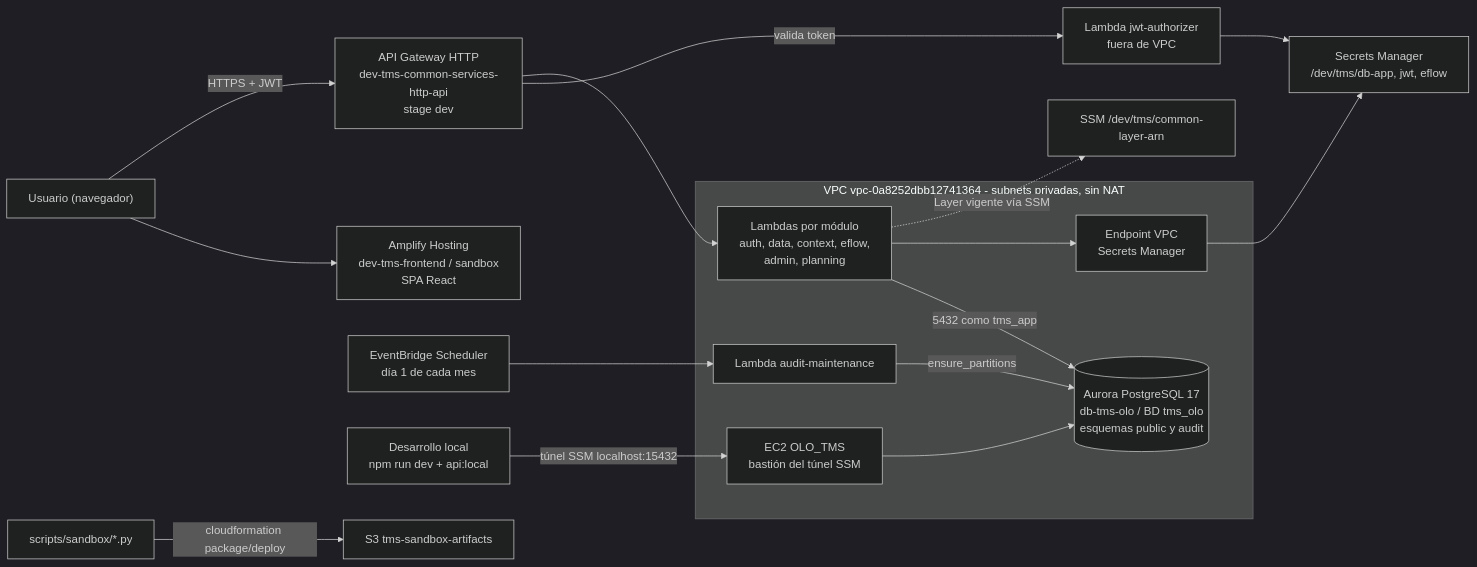
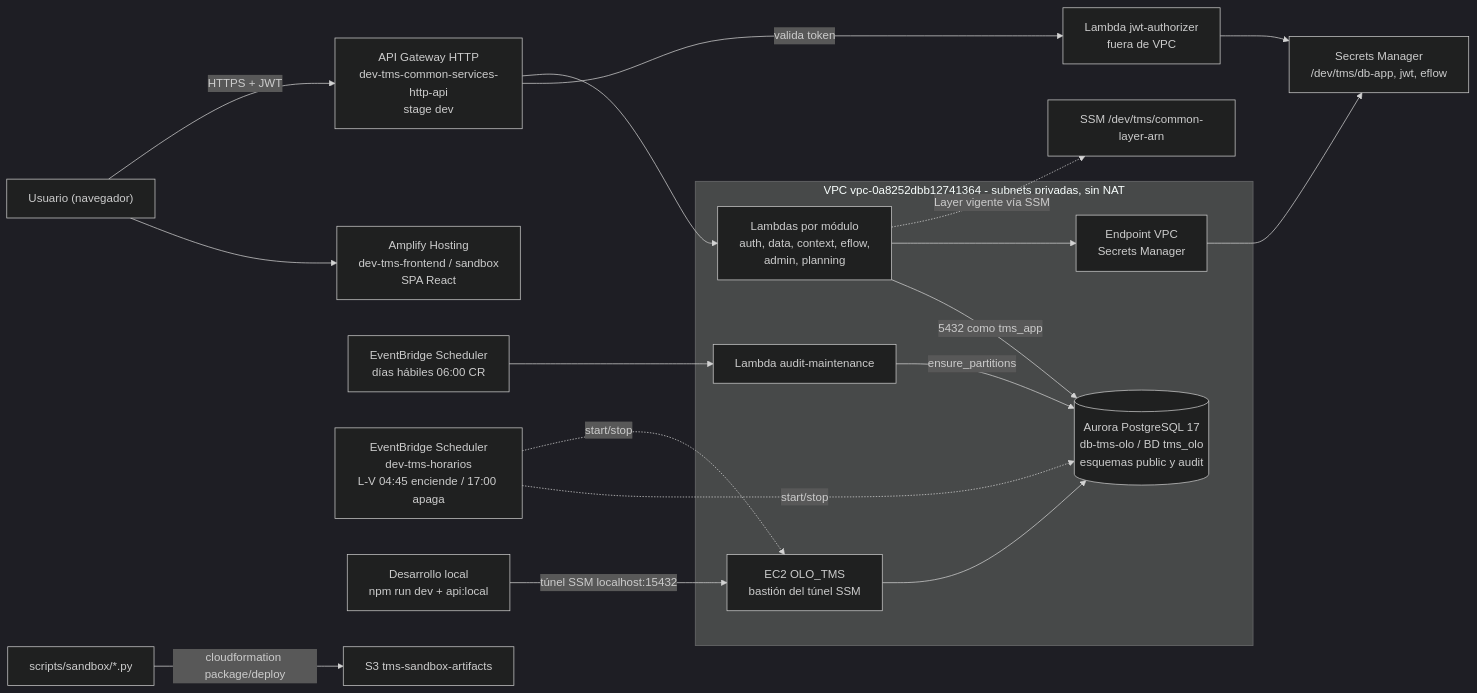
One commit to JeanCaOLO/sto_tms_olo changed the diagram in docs/reference/aws-inventario-tms.md. Above: the diagram before and after it, drawn with Mermaid (dark theme). The commit also changed other lines of this file and 8 other files, not shown here.

First line of the commit message:
Horario de servidores del TMS: Aurora y bastión L-V 05:00-17:00 hora de Costa Rica

````diff
--- a/docs/reference/aws-inventario-tms.md
+++ b/docs/reference/aws-inventario-tms.md
@@ -14,22 +14,24 @@
 ```mermaid
 flowchart LR
   user["Usuario (navegador)"] --> amplify["Amplify Hosting<br/>dev-tms-frontend / sandbox<br/>SPA React"]
   user -->|"HTTPS + JWT"| apigw["API Gateway HTTP<br/>dev-tms-common-services-http-api<br/>stage dev"]
   apigw -->|"valida token"| authz["Lambda jwt-authorizer<br/>fuera de VPC"]
   apigw --> lambdas["Lambdas por módulo<br/>auth, data, context, eflow,<br/>admin, planning"]
-  sched["EventBridge Scheduler<br/>día 1 de cada mes"] --> maint["Lambda audit-maintenance"]
+  sched["EventBridge Scheduler<br/>días hábiles 06:00 CR"] --> maint["Lambda audit-maintenance"]
+  horarios["EventBridge Scheduler<br/>dev-tms-horarios<br/>L-V 04:45 enciende / 17:00 apaga"] -.->|"start/stop"| aurora
+  horarios -.->|"start/stop"| bastion
   subgraph vpc["VPC vpc-0a8252dbb12741364 - subnets privadas, sin NAT"]
     lambdas
     maint
     vpce["Endpoint VPC<br/>Secrets Manager"]
     aurora[("Aurora PostgreSQL 17<br/>db-tms-olo / BD tms_olo<br/>esquemas public y audit")]
     bastion["EC2 OLO_TMS<br/>bastión del túnel SSM"]
   end
   lambdas -->|"5432 como tms_app"| aurora
   maint -->|"ensure_partitions"| aurora
   lambdas --> vpce --> secrets["Secrets Manager<br/>/dev/tms/db-app, jwt, eflow"]
   authz --> secrets
   dev["Desarrollo local<br/>npm run dev + api:local"] -->|"túnel SSM localhost:15432"| bastion --> aurora
   deploy["scripts/sandbox/*.py"] -->|"cloudformation package/deploy"| s3art["S3 tms-sandbox-artifacts"]
   lambdas -.->|"Layer vigente vía SSM"| ssm["SSM /dev/tms/common-layer-arn"]
 ```
````
